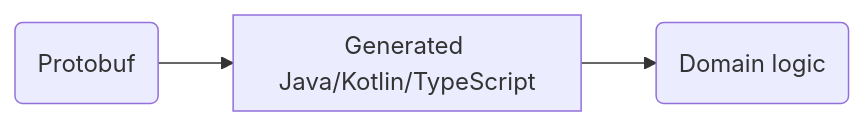
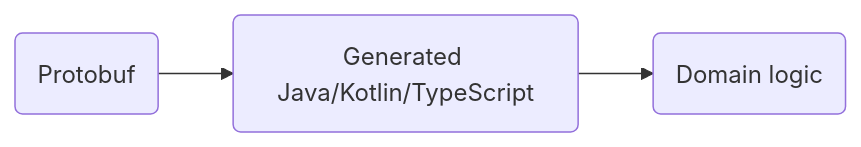
One commit to SpineEventEngine/validation changed the diagram in docs/content/docs/validation/00-intro/philosophy.md. Above: the diagram before and after it, drawn with Mermaid.

Commit message:
Fix Mermaid diagram structure

````diff
--- a/docs/content/docs/validation/00-intro/philosophy.md
+++ b/docs/content/docs/validation/00-intro/philosophy.md
@@ -126,7 +126,5 @@
 ```mermaid
 graph LR
-  A(Protobuf) --> B(Generated code)
+  A(Protobuf) --> B(Generated Java/Kotlin/TypeScript)
   B --> C(Domain logic)
-  subgraph B [Generated Java/Kotlin/TypeScript]
-  end
 ```
````
